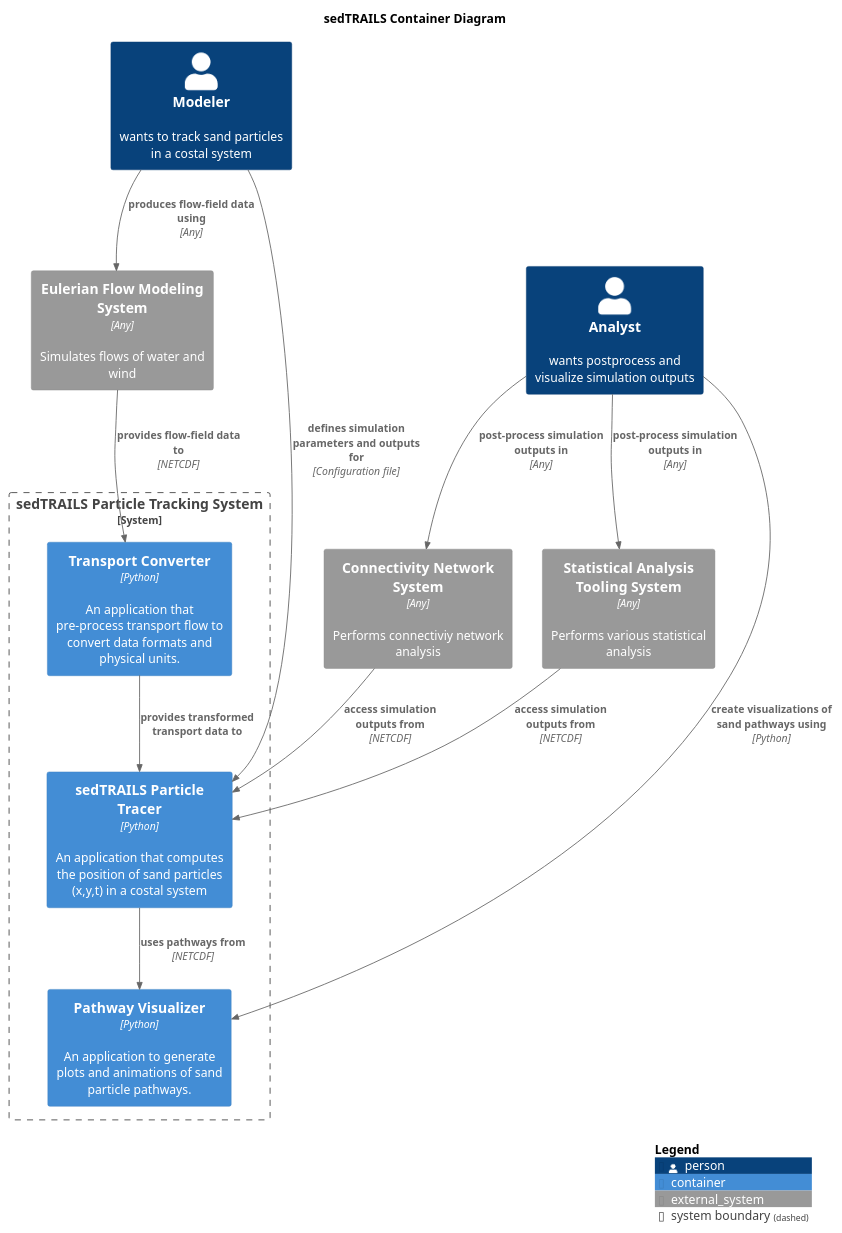
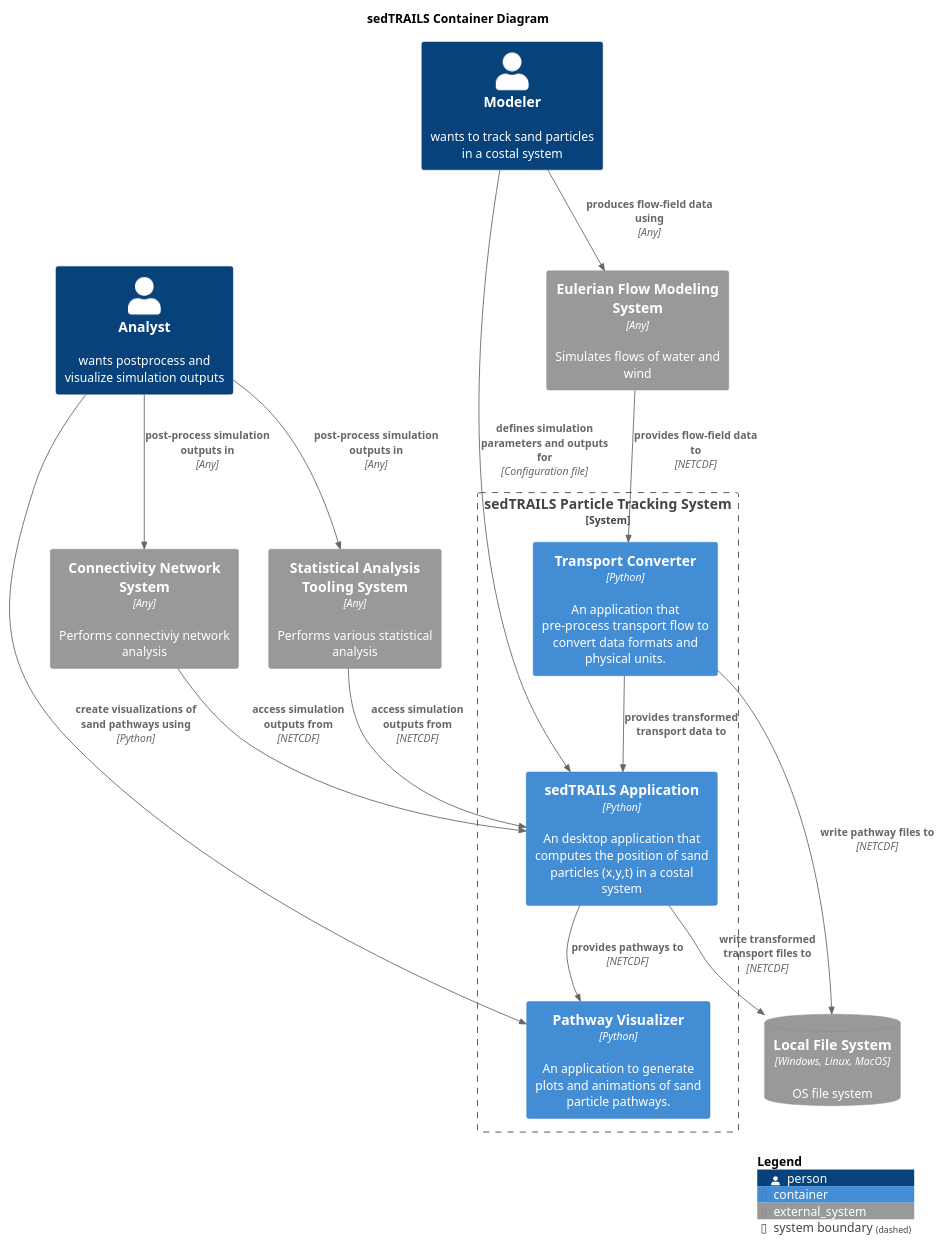
Before and after one commit to sgpearson17/sedtrails-sgp: the diagram in diagrams/containers.puml, drawn with PlantUML.

Commit message:
refine sedTRAILS container diagram: update application names, clarify relationships, and add file system interactions

```diff
--- a/diagrams/containers.puml
+++ b/diagrams/containers.puml
@@ -1,38 +1,42 @@
 @startuml SedtrailContainer
 !include <C4/C4_Container>
 
 title sedTRAILS Container Diagram
 ' scale 2
 
+' LAYOUT_LEFT_RIGHT()
+' LAYOUT_LANDSCAPE()
+
 Person(modeler, "Modeler", "wants to track sand particles in a costal system")
 Person(analyst, "Analyst", "wants postprocess and visualize simulation outputs")
 
 System_Boundary(sedtrailsSystem, "sedTRAILS Particle Tracking System"){ 
-    Container(sedtrailsApp, "sedTRAILS Particle Tracer", "Python", "An application that computes the position of sand particles (x,y,t) in a costal system")
+    Container(sedtrailsApp, "sedTRAILS Application", "Python", "An desktop application that computes the position of sand particles (x,y,t) in a costal system")
     Container(transportConverter, "Transport Converter", "Python", "An application that pre-process transport flow to convert data formats and physical units.")
     Container(pathwayVisualizer, "Pathway Visualizer", "Python", "An application to generate plots and animations of sand particle pathways.")
     
     Rel(transportConverter, sedtrailsApp, "provides transformed transport data to")
-    Rel(sedtrailsApp, pathwayVisualizer, "uses pathways from", "NETCDF")
-
+    Rel(sedtrailsApp, pathwayVisualizer, "provides pathways to", "NETCDF")
 }
 
 System_Ext(flowSystem, "Eulerian Flow Modeling System", "Simulates flows of water and wind", $type="Any")
 System_Ext(connectivityNetworkSys, "Connectivity Network System", "Performs connectiviy network analysis", $type="Any")
 System_Ext(statisticsSys, "Statistical Analysis Tooling System", "Performs various statistical analysis", $type="Any")
+
+SystemDb_Ext(fileSystem, "Local File System", "OS file system", $type="Windows, Linux, MacOS")
+Rel(sedtrailsApp, fileSystem, "write transformed transport files to", "NETCDF")
+Rel(transportConverter, fileSystem, "write pathway files to", "NETCDF")
 
 Rel(modeler, sedtrailsApp, "defines simulation parameters and outputs for", "Configuration file")
 Rel(connectivityNetworkSys, sedtrailsApp, "access simulation outputs from", "NETCDF")
 Rel(statisticsSys, sedtrailsApp, "access simulation outputs from", "NETCDF")
 Rel(analyst, pathwayVisualizer, "create visualizations of sand pathways using", "Python")
 Rel(analyst, connectivityNetworkSys, "post-process simulation outputs in", "Any")
 Rel(analyst, statisticsSys, "post-process simulation outputs in", "Any")
 
-
 Rel(modeler, flowSystem, "produces flow-field data using", "Any")
-
 Rel(flowSystem, transportConverter, "provides flow-field data to ", "NETCDF")
 
 
 SHOW_LEGEND()
 @enduml
```
